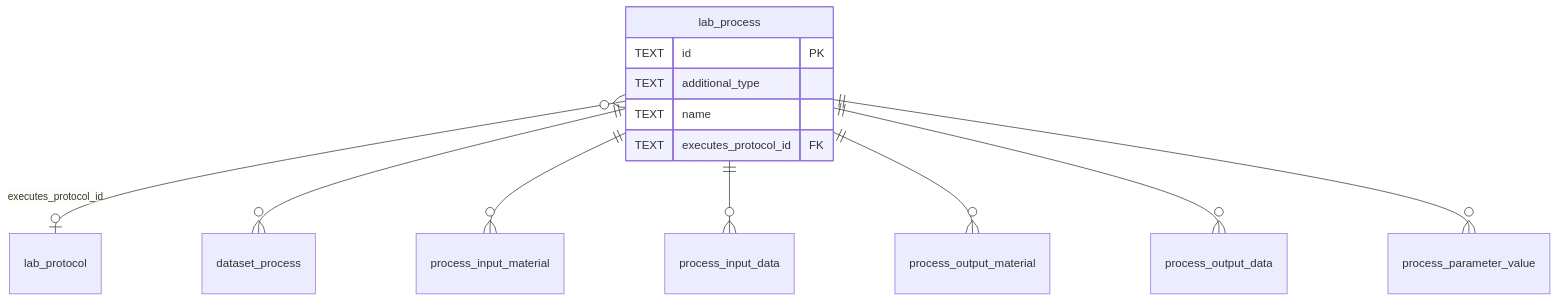
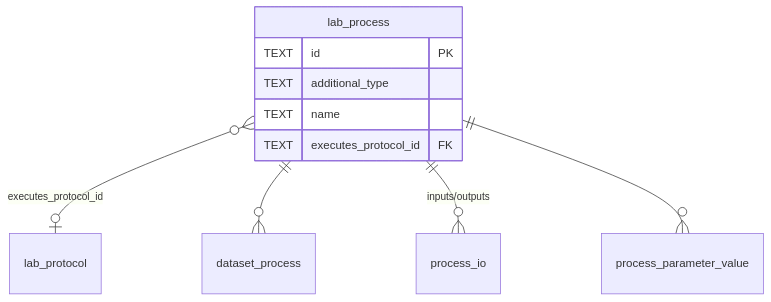
Before and after one commit to HLWeil/ProcessCore: the sixth of 18 diagrams in schemas/sql/design.md, drawn with Mermaid. The commit also changed other lines of this file, not shown here.

Commit message:
docs: improve SQL schema design plan

````diff
--- a/schemas/sql/design.md
+++ b/schemas/sql/design.md
@@ -194,16 +192,13 @@
 ```mermaid
 erDiagram
     lab_process {
         TEXT id PK
         TEXT additional_type
         TEXT name
         TEXT executes_protocol_id FK
     }
     lab_process }o--o| lab_protocol : "executes_protocol_id"
     lab_process ||--o{ dataset_process : ""
-    lab_process ||--o{ process_input_material : ""
-    lab_process ||--o{ process_input_data : ""
-    lab_process ||--o{ process_output_material : ""
-    lab_process ||--o{ process_output_data : ""
+    lab_process ||--o{ process_io : "inputs/outputs"
     lab_process ||--o{ process_parameter_value : ""
 ```
````
